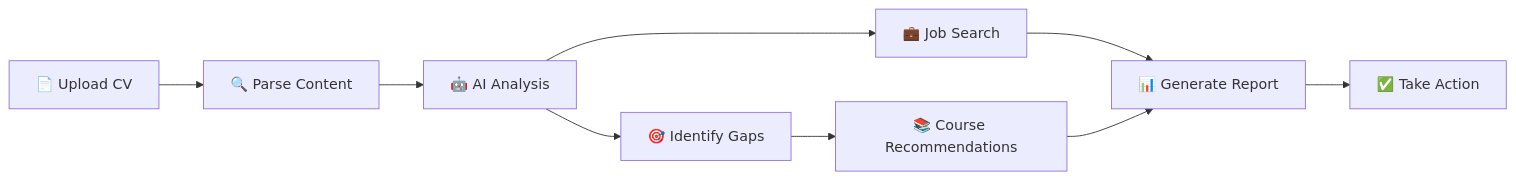
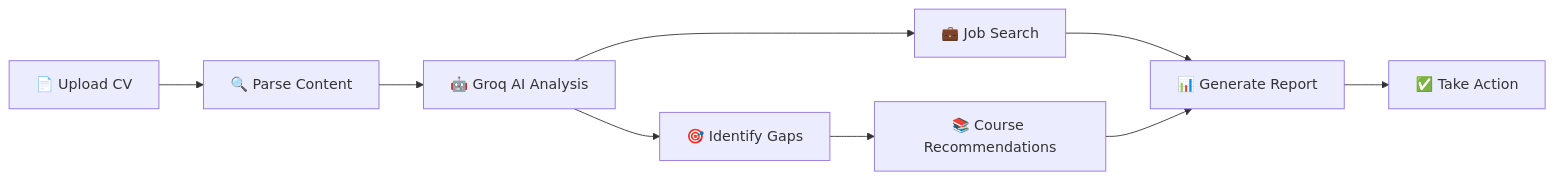
Before and after one commit to SamoTech/Wazivo: the diagram in README.md, drawn with Mermaid. The commit also changed other lines of this file, not shown here.

Commit message:
📝 Update README: Switch to Groq AI

````diff
--- a/README.md
+++ b/README.md
@@ -215,11 +224,11 @@
 ```mermaid
 graph LR
     A[📄 Upload CV] --> B[🔍 Parse Content]
-    B --> C[🤖 AI Analysis]
+    B --> C[🤖 Groq AI Analysis]
     C --> D[💼 Job Search]
     C --> E[🎯 Identify Gaps]
     E --> F[📚 Course Recommendations]
     D --> G[📊 Generate Report]
     F --> G
     G --> H[✅ Take Action]
 ```
````
